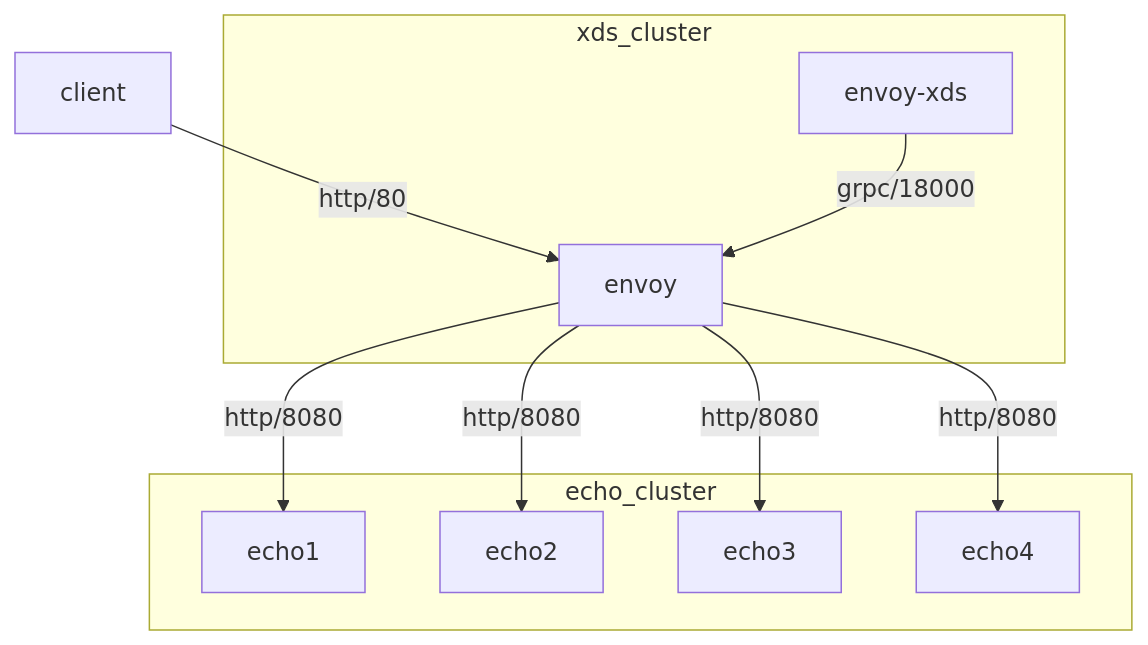
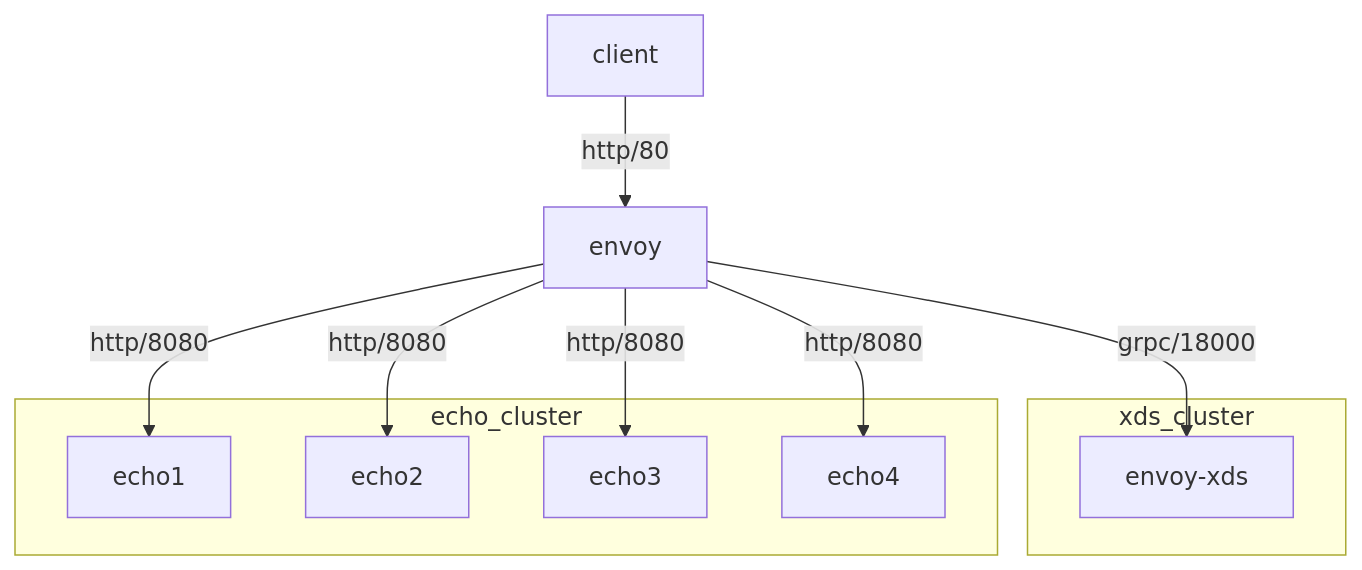
Before and after one commit to lukassup/docker-envoy: the diagram in 04-grpc-xds/README.md, drawn with Mermaid.

Commit message:
grpc-xds: update mermaid

````diff
--- a/04-grpc-xds/README.md
+++ b/04-grpc-xds/README.md
@@ -5,15 +5,20 @@
 ```mermaid
 graph TD;
-    client -->|http/80| envoy;
-
     subgraph xds_cluster
-    envoy-xds -->|grpc/18000| envoy;
+    envoy-xds;
     end
 
     subgraph echo_cluster
+    echo1;
+    echo2;
+    echo3;
+    echo4;
+    end
+
+    client -->|http/80| envoy;
+    envoy -->|grpc/18000| envoy-xds;
     envoy -->|http/8080| echo1;
     envoy -->|http/8080| echo2;
     envoy -->|http/8080| echo3;
     envoy -->|http/8080| echo4;
-    end
 ```
````
